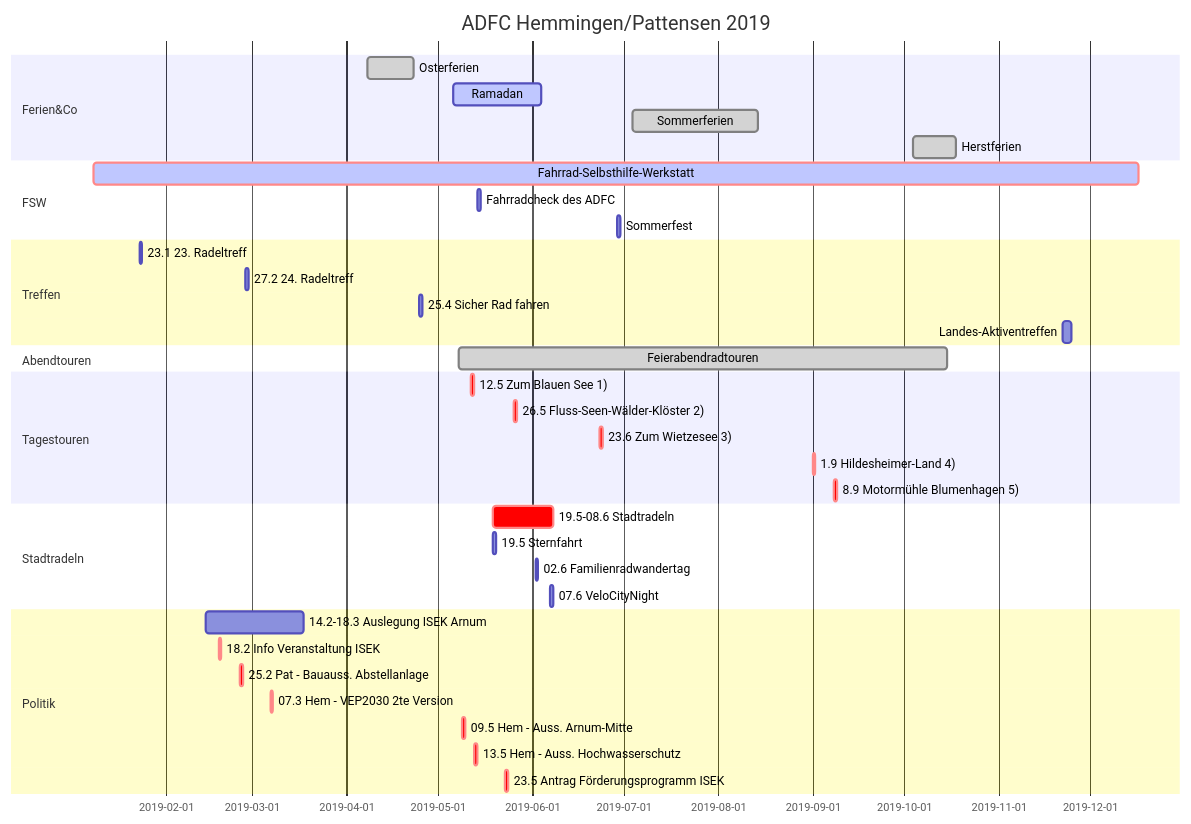
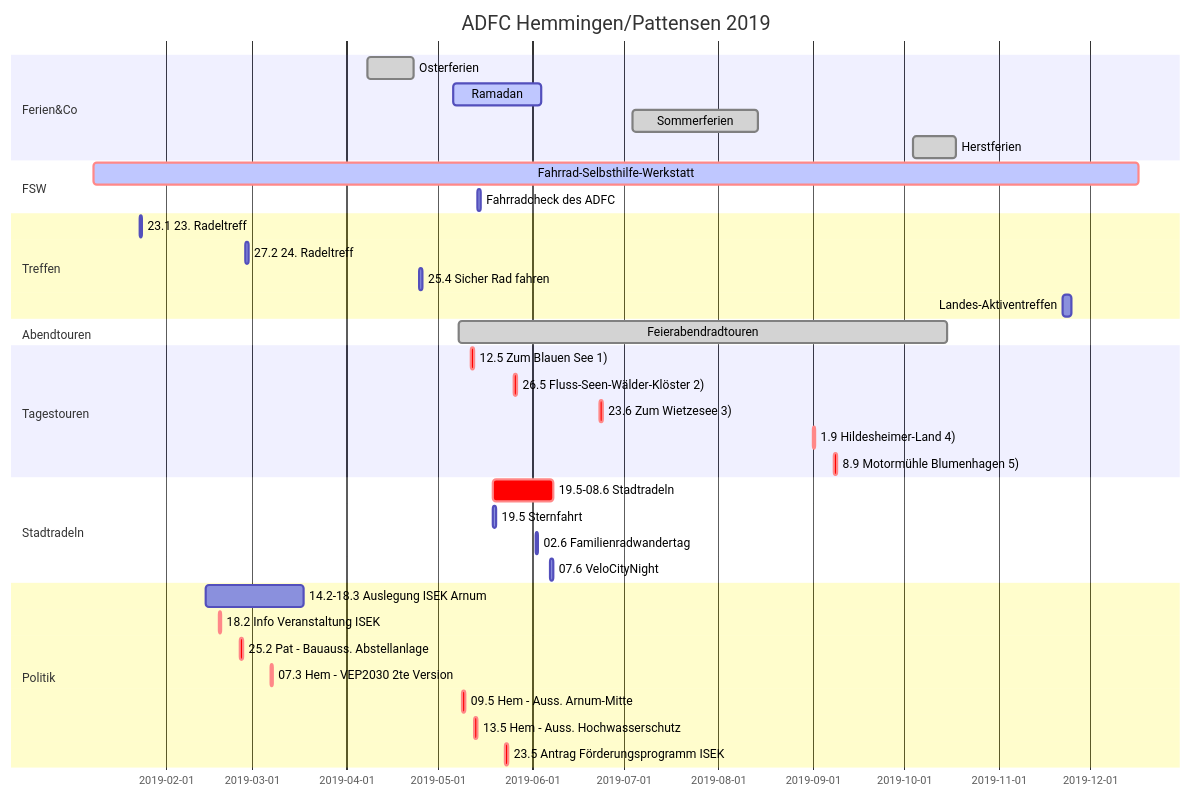
The diagram in index.md (adfc-hemmingen-pattensen/adfc-hemmingen-pattensen.github.io), drawn with Mermaid before and after one commit. The commit also changed other lines of this file and 2 other files, not shown here.

Commit message:
ohne FSW Sommerfest

````diff
--- a/index.md
+++ b/index.md
@@ -155,48 +190,47 @@
 ```mermaid
 gantt
   title ADFC Hemmingen/Pattensen 2019
   dateFormat  DD.MM.YY
 
 section Ferien&Co
   Osterferien :done,        08.04.19, 23.04.19
   Ramadan     :active,done, 06.05.19, 04.06.19
   Sommerferien:done,        04.07.19, 14.08.19
   Herstferien :done,        04.10.19, 18.10.19
 
 section FSW
   Fahrrad-Selbsthilfe-Werkstatt :crit,active, 08.01.19, 17.12.19
   Fahrradcheck des ADFC         : 14.05.19, 1d
-  Sommerfest                    : 29.06.19, 1d
 
 section Treffen
   23.1 23. Radeltreff  : 23.01.19, 1d
   27.2 24. Radeltreff : 27.02.19, 1d
   25.4 Sicher Rad fahren : 25.04.19, 1d
   Landes-Aktiventreffen: 22.11.19, 3d
   
 section Abendtouren
   Feierabendradtouren        :done,       08.05.19, 15.10.19
 
 section Tagestouren
   12.5 Zum Blauen See 1)           :crit, 12.05.19,1d
   26.5 Fluss-Seen-Wälder-Klöster 2):crit, 26.05.19,1d
   23.6 Zum Wietzesee 3)            :crit, 23.06.19,1d
   1.9 Hildesheimer-Land 4)         :crit, 01.09.19,1d
   8.9 Motormühle Blumenhagen 5)    :crit, 08.09.19,1d
   
 
 section Stadtradeln
   19.5-08.6 Stadtradeln    : crit, 19.05.19, 08.06.19
   19.5 Sternfahrt          :       19.05.19, 1d
   02.6 Familienradwandertag:       02.06.19, 1d
   07.6 VeloCityNight       :       07.06.19, 1d
 
 section Politik
   14.2-18.3 Auslegung ISEK Arnum: 14.02.19, 18.03.19
   18.2 Info Veranstaltung ISEK  : crit, 18.02.19, 1d 
   25.2 Pat - Bauauss. Abstellanlage : crit, 25.02.19, 1d
   07.3 Hem - VEP2030 2te Version : crit, 07.03.19, 1d
   09.5 Hem - Auss. Arnum-Mitte : crit,  09.05.19, 1d
   13.5 Hem - Auss. Hochwasserschutz: crit, 13.05.19, 1d
   23.5 Antrag Förderungsprogramm ISEK : crit, 23.05.19,1d 
 ```
````
